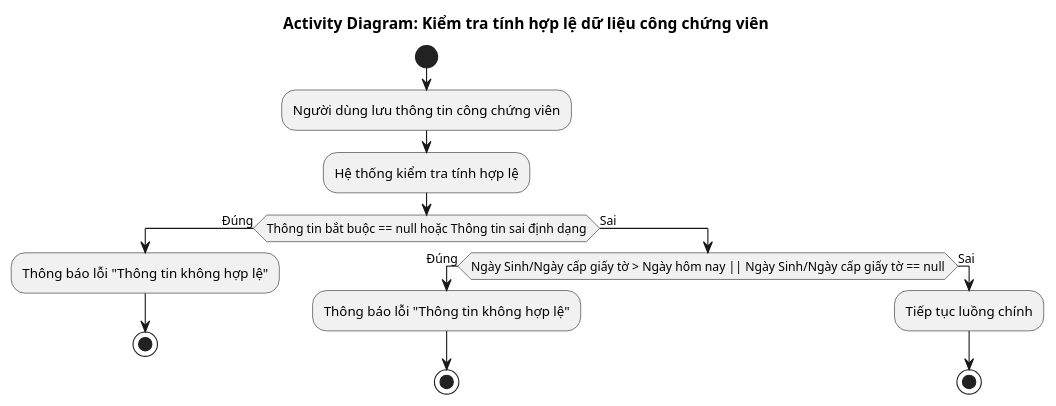
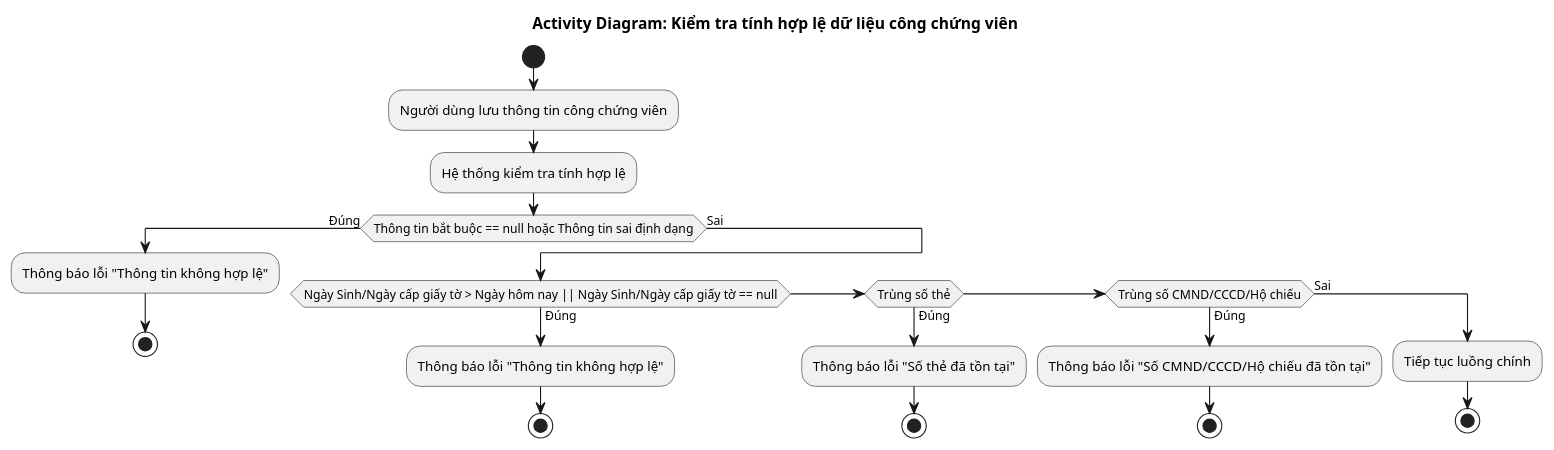
One commit to alvinnguyen9820-prog/CSDL-Cong-Chung changed the diagram in Quản lý công chứng viên/4.usecases/CongChungVien/KiemTraTinhHopLe/AD_CCV_CheckData.puml. Above: the diagram before and after it, drawn with PlantUML. The commit also changed 37 other files, not shown here.

```diff
--- a/Quản lý công chứng viên/4.usecases/CongChungVien/KiemTraTinhHopLe/AD_CCV_CheckData.puml
+++ b/Quản lý công chứng viên/4.usecases/CongChungVien/KiemTraTinhHopLe/AD_CCV_CheckData.puml
@@ -1,19 +1,25 @@
 @startuml AD_CCVManager_Create
 !pragma layout smetana
 title Activity Diagram: Kiểm tra tính hợp lệ dữ liệu công chứng viên
 start
 :Người dùng lưu thông tin công chứng viên;
 :Hệ thống kiểm tra tính hợp lệ;
   if (Thông tin bắt buộc == null hoặc Thông tin sai định dạng) then (Đúng)
   :Thông báo lỗi "Thông tin không hợp lệ";
   stop
   else (Sai)
     if (Ngày Sinh/Ngày cấp giấy tờ > Ngày hôm nay || Ngày Sinh/Ngày cấp giấy tờ == null) then (Đúng)
     :Thông báo lỗi "Thông tin không hợp lệ";
     stop
+    else if (Trùng số thẻ) then (Đúng)
+    :Thông báo lỗi "Số thẻ đã tồn tại";
+    stop
+    else if (Trùng số CMND/CCCD/Hộ chiếu) then (Đúng)
+    :Thông báo lỗi "Số CMND/CCCD/Hộ chiếu đã tồn tại";
+    stop
     else (Sai)
     :Tiếp tục luồng chính;
     stop
     endif
   endif
 @enduml
```
